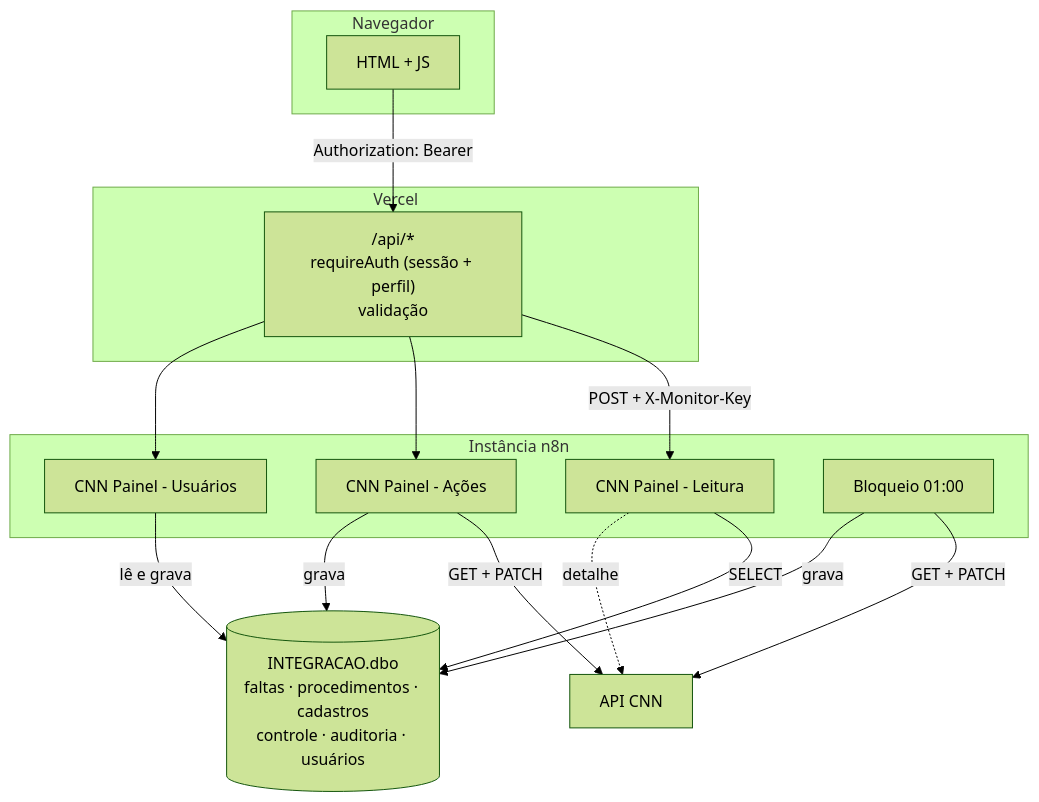
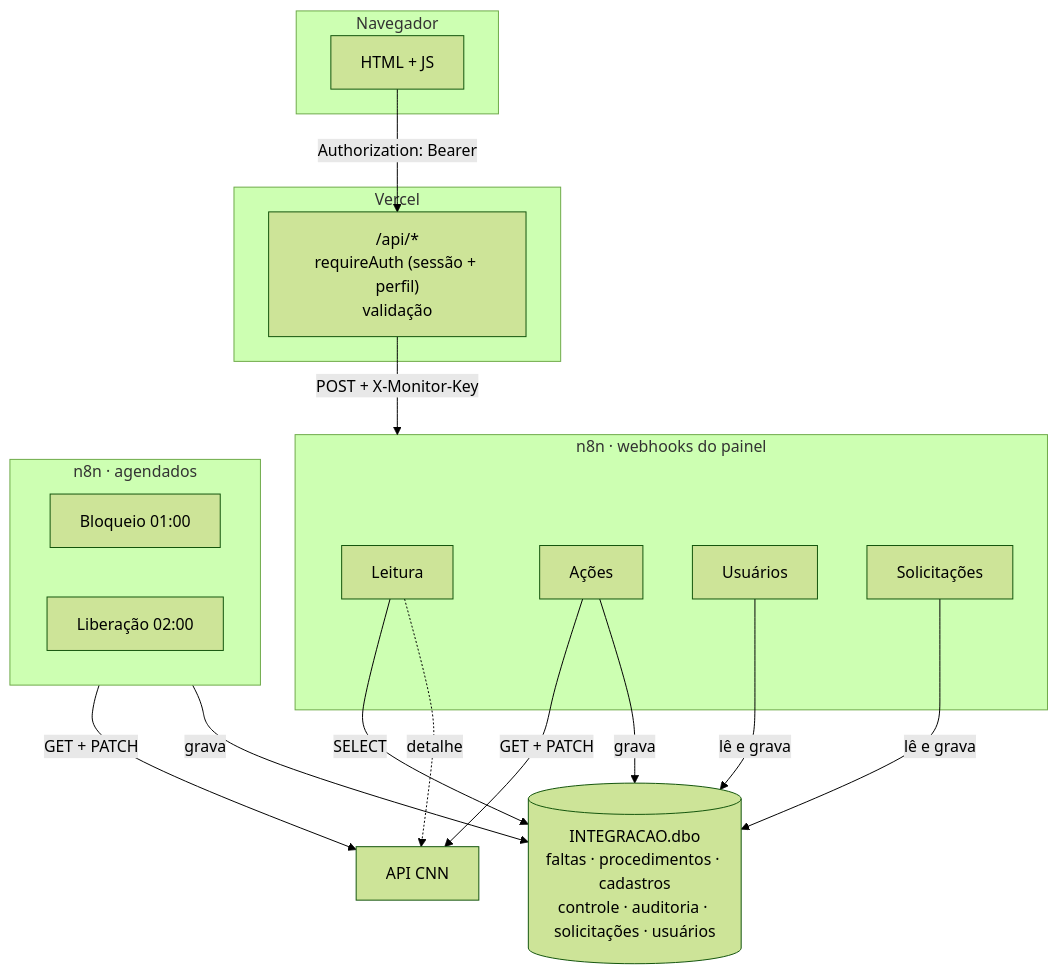
One commit to clariens/painel-integracao-desbloqueio-CNN-web changed the first of 6 diagrams in docs/arquitetura.md. Above: the diagram before and after it, drawn with Mermaid (forest theme). The commit also changed other lines of this file and 91 other files, not shown here.

First line of the commit message:
Solicitações de desbloqueio e liberação automática após o prazo

````diff
--- a/docs/arquitetura.md
+++ b/docs/arquitetura.md
@@ -32,29 +33,32 @@
 ```mermaid
 flowchart TB
     subgraph Navegador
         UI["HTML + JS"]
     end
     subgraph Vercel
         API["/api/*<br/>requireAuth (sessão + perfil)<br/>validação"]
     end
-    subgraph n8n["Instância n8n"]
-        L["CNN Painel - Leitura"]
-        A["CNN Painel - Ações"]
-        US["CNN Painel - Usuários"]
+    subgraph Painel["n8n · webhooks do painel"]
+        L["Leitura"]
+        A["Ações"]
+        US["Usuários"]
+        SO["Solicitações"]
+    end
+    subgraph Rotinas["n8n · agendados"]
         B["Bloqueio 01:00"]
+        LB["Liberação 02:00"]
     end
     CNN["API CNN"]
-    DB[("INTEGRACAO.dbo<br/>faltas · procedimentos · cadastros<br/>controle · auditoria · usuários")]
+    DB[("INTEGRACAO.dbo<br/>faltas · procedimentos · cadastros<br/>controle · auditoria · solicitações · usuários")]
 
     UI -- "Authorization: Bearer" --> API
-    API -- "POST + X-Monitor-Key" --> L
-    API --> A
-    API --> US
+    API -- "POST + X-Monitor-Key" --> Painel
     L -- "SELECT" --> DB
     L -. "detalhe" .-> CNN
     A -- "GET + PATCH" --> CNN
     A -- "grava" --> DB
-    B -- "GET + PATCH" --> CNN
-    B -- "grava" --> DB
     US -- "lê e grava" --> DB
+    SO -- "lê e grava" --> DB
+    Rotinas -- "GET + PATCH" --> CNN
+    Rotinas -- "grava" --> DB
 ```
````
